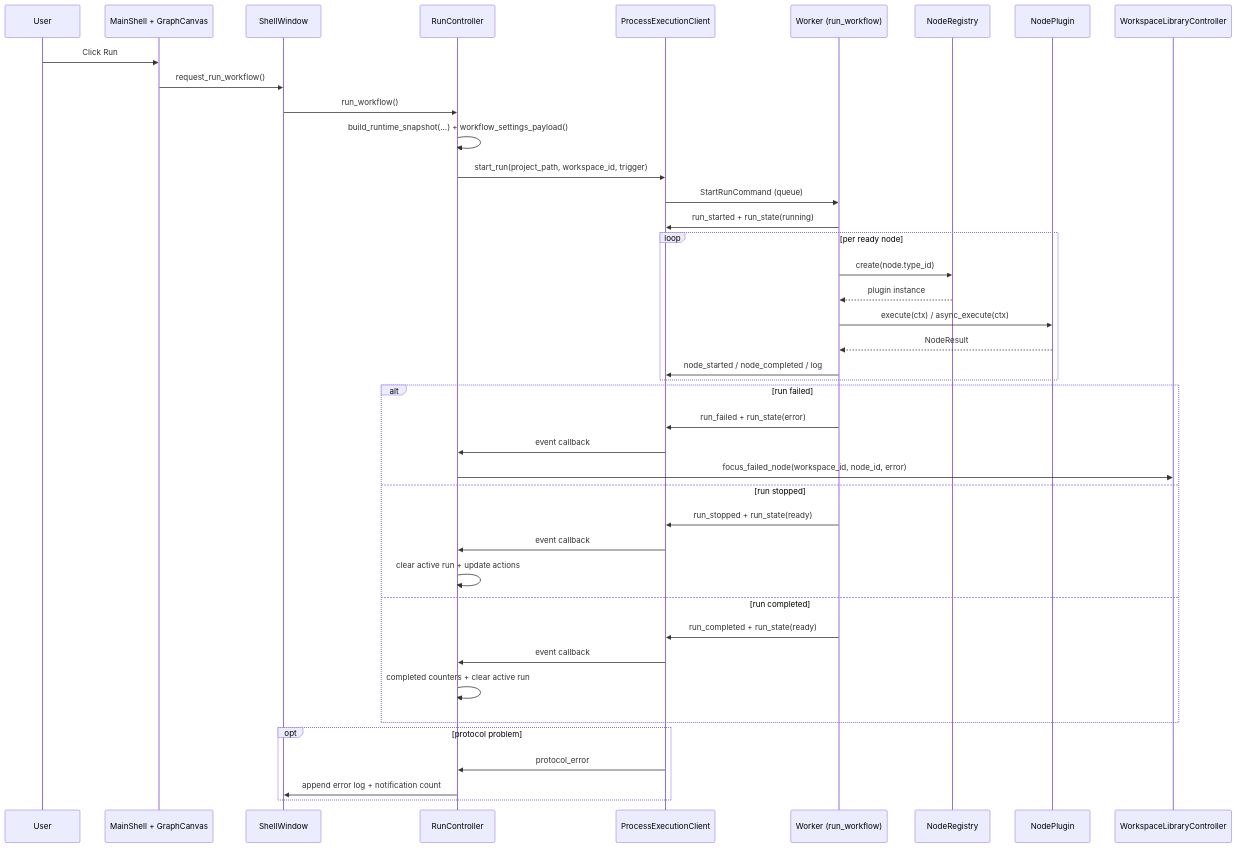
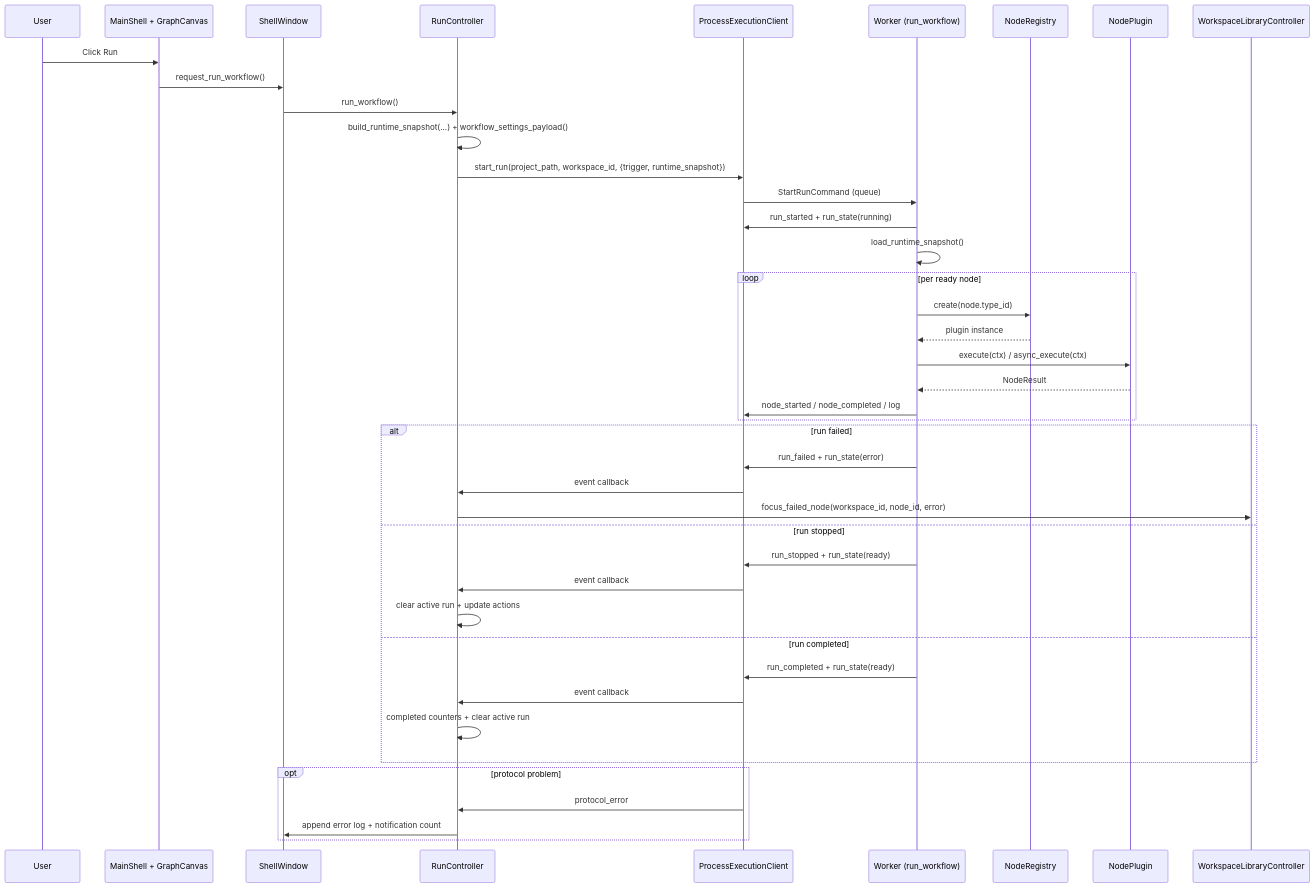
The third of 3 diagrams in ARCHITECTURE.md (emreatay993/EA_Node), drawn with Mermaid before and after one commit. The commit also changed other lines of this file and 10 other files, not shown here.

Commit message:
Update architecture docs and ANSYS example assets

````diff
--- a/ARCHITECTURE.md
+++ b/ARCHITECTURE.md
@@ -321,47 +346,48 @@
 ```mermaid
 sequenceDiagram
     participant User
     participant QML as MainShell + GraphCanvas
     participant SW as ShellWindow
     participant RC as RunController
     participant EC as ProcessExecutionClient
     participant W as Worker (run_workflow)
     participant R as NodeRegistry
     participant P as NodePlugin
     participant WLC as WorkspaceLibraryController
 
     User->>QML: Click Run
     QML->>SW: request_run_workflow()
     SW->>RC: run_workflow()
     RC->>RC: build_runtime_snapshot(...) + workflow_settings_payload()
-    RC->>EC: start_run(project_path, workspace_id, trigger)
+    RC->>EC: start_run(project_path, workspace_id, {trigger, runtime_snapshot})
     EC->>W: StartRunCommand (queue)
     W->>EC: run_started + run_state(running)
+    W->>W: load_runtime_snapshot()
 
     loop per ready node
         W->>R: create(node.type_id)
         R-->>W: plugin instance
         W->>P: execute(ctx) / async_execute(ctx)
         P-->>W: NodeResult
         W->>EC: node_started / node_completed / log
     end
 
     alt run failed
         W->>EC: run_failed + run_state(error)
         EC->>RC: event callback
         RC->>WLC: focus_failed_node(workspace_id, node_id, error)
     else run stopped
         W->>EC: run_stopped + run_state(ready)
         EC->>RC: event callback
         RC->>RC: clear active run + update actions
     else run completed
         W->>EC: run_completed + run_state(ready)
         EC->>RC: event callback
         RC->>RC: completed counters + clear active run
     end
 
     opt protocol problem
         EC->>RC: protocol_error
         RC->>SW: append error log + notification count
     end
 ```
````
